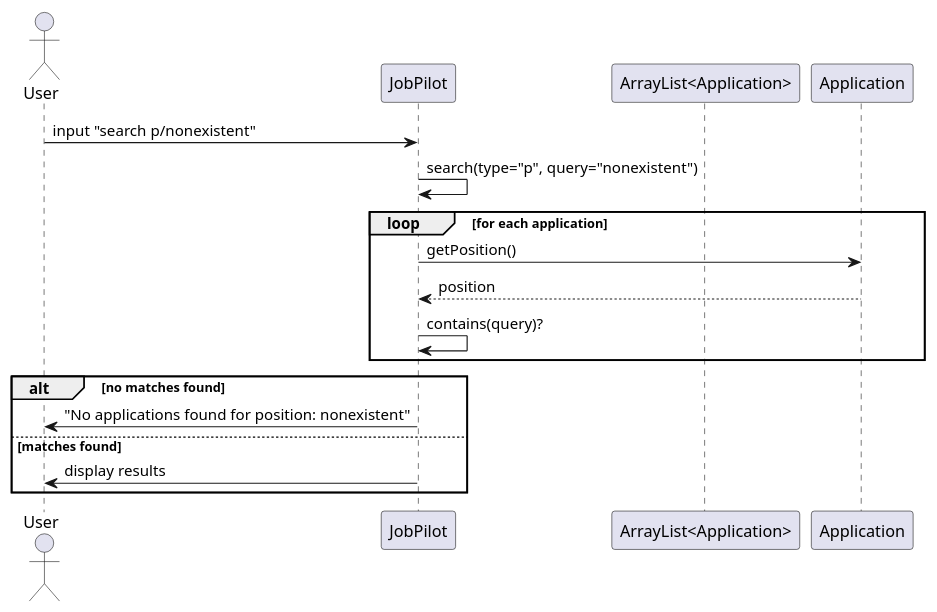
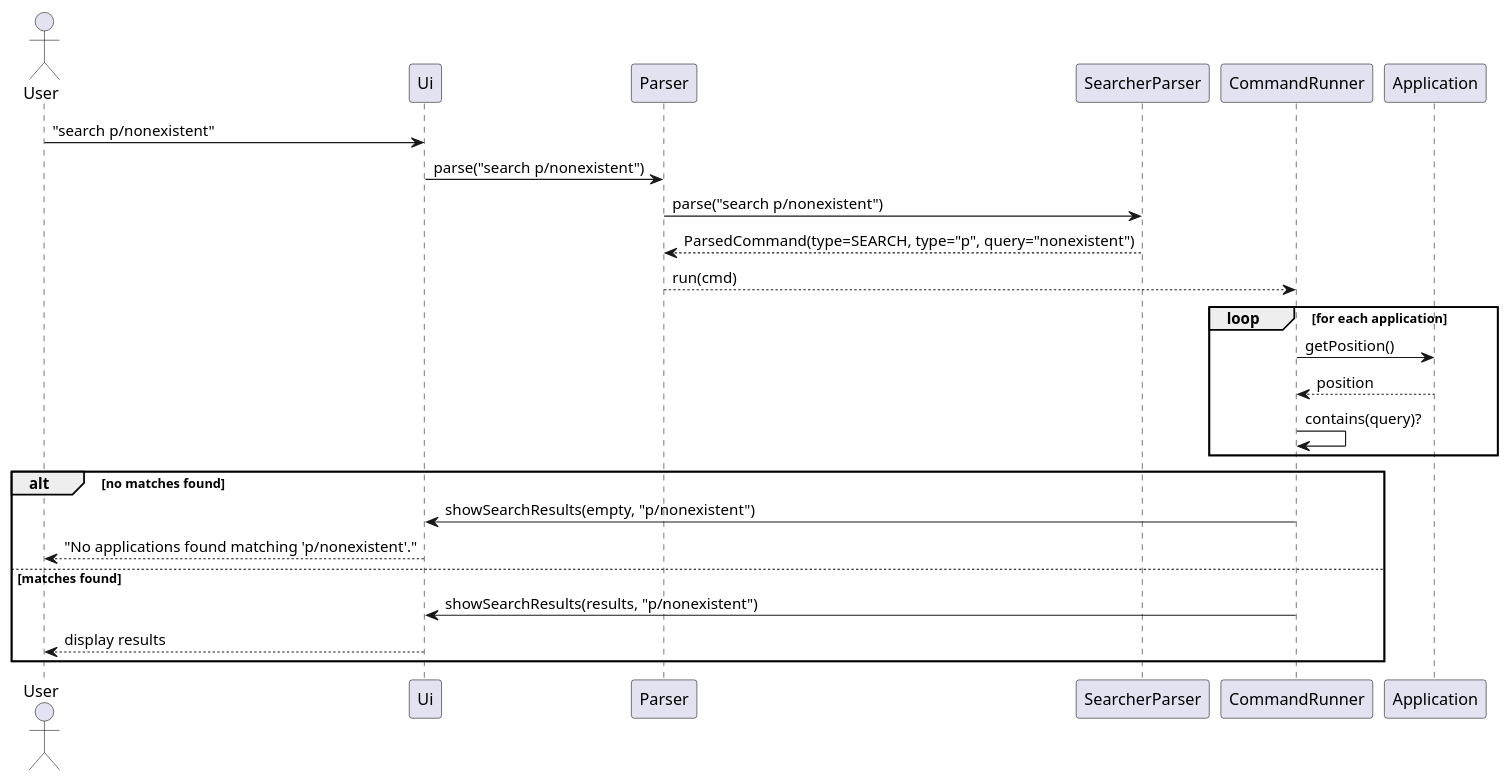
The diagram in docs/diagrams/search/search_nomatch.puml (AY2526S2-CS2113-W13-3/tp), drawn with PlantUML before and after one commit. The commit also changed 6 other files, not shown here.

First line of the commit message:
docs: align DG search docs and UML with current parser/runner flow

```diff
--- a/docs/diagrams/search/search_nomatch.puml
+++ b/docs/diagrams/search/search_nomatch.puml
@@ -1,18 +1,25 @@
 @startuml
 actor User
-participant JobPilot
-participant "ArrayList<Application>" as AppList
+participant Ui
+participant Parser
+participant SearcherParser
+participant CommandRunner
 participant Application
-User -> JobPilot : input "search p/nonexistent"
-JobPilot -> JobPilot : search(type="p", query="nonexistent")
+User -> Ui : "search p/nonexistent"
+Ui -> Parser : parse("search p/nonexistent")
+Parser -> SearcherParser : parse("search p/nonexistent")
+SearcherParser --> Parser : ParsedCommand(type=SEARCH, type="p", query="nonexistent")
+Parser --> CommandRunner : run(cmd)
 loop for each application
-    JobPilot -> Application : getPosition()
-    Application --> JobPilot : position
-    JobPilot -> JobPilot : contains(query)?
+    CommandRunner -> Application : getPosition()
+    Application --> CommandRunner : position
+    CommandRunner -> CommandRunner : contains(query)?
 end
 alt no matches found
-    JobPilot -> User : "No applications found for position: nonexistent"
+    CommandRunner -> Ui : showSearchResults(empty, "p/nonexistent")
+    Ui --> User : "No applications found matching 'p/nonexistent'."
 else matches found
-    JobPilot -> User : display results
+    CommandRunner -> Ui : showSearchResults(results, "p/nonexistent")
+    Ui --> User : display results
 end
 @enduml
```
